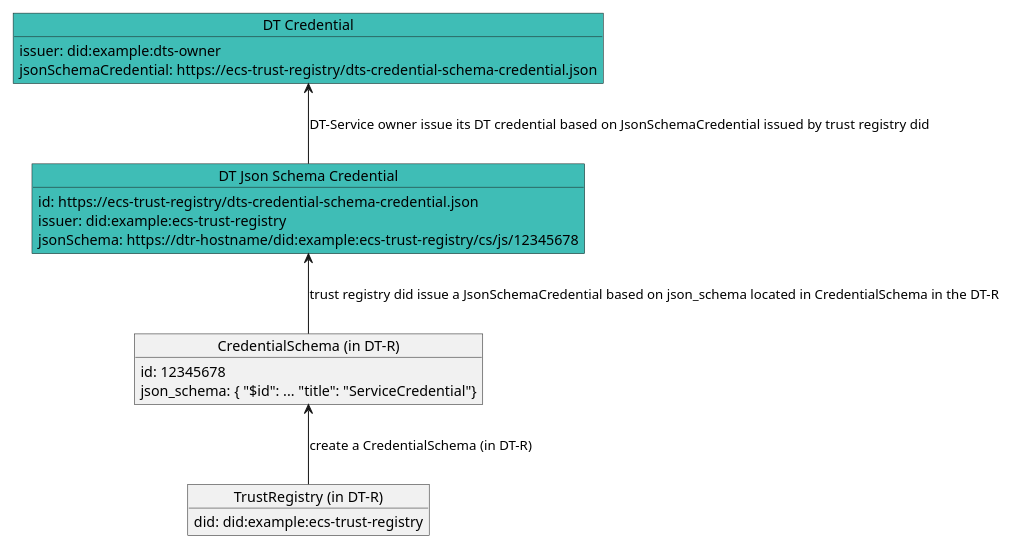
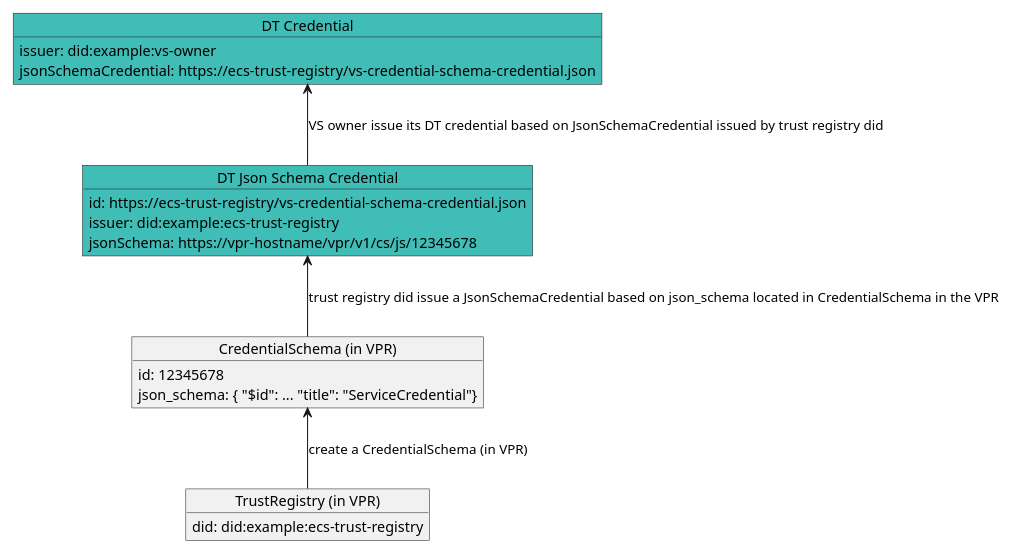
One commit to verana-labs/verifiable-trust-spec changed the diagram in spec.md. Above: the diagram before and after it, drawn with PlantUML. The commit also changed other lines of this file and 1 other file, not shown here.

````diff
--- a/spec.md
+++ b/spec.md
@@ -626,29 +633,29 @@
 ```plantuml
 
 @startuml
 scale max 800 width
-object "TrustRegistry (in DT-R)" as tr {
+object "TrustRegistry (in VPR)" as tr {
   did: did:example:ecs-trust-registry
 }
-object "CredentialSchema (in DT-R)" as cs {
+object "CredentialSchema (in VPR)" as cs {
   id: 12345678
   json_schema: { "$id": ... "title": "ServiceCredential"}
 }
 object "DT Json Schema Credential" as jsc #3fbdb6 {
-  id: https://ecs-trust-registry/dts-credential-schema-credential.json
+  id: https://ecs-trust-registry/vs-credential-schema-credential.json
   issuer: did:example:ecs-trust-registry
-  jsonSchema: https://dtr-hostname/did:example:ecs-trust-registry/cs/js/12345678
+  jsonSchema: https://vpr-hostname/vpr/v1/cs/js/12345678
 }
 
-object "DT Credential" as dtscred #3fbdb6 {
-  issuer: did:example:dts-owner
-  jsonSchemaCredential: https://ecs-trust-registry/dts-credential-schema-credential.json
+object "DT Credential" as vscred #3fbdb6 {
+  issuer: did:example:vs-owner
+  jsonSchemaCredential: https://ecs-trust-registry/vs-credential-schema-credential.json
 }
 
-cs <-- tr : create a CredentialSchema (in DT-R)
-jsc <-- cs : trust registry did issue a JsonSchemaCredential based on json_schema located in CredentialSchema in the DT-R
-dtscred <-- jsc: DT-Service owner issue its DT credential based on JsonSchemaCredential issued by trust registry did
+cs <-- tr : create a CredentialSchema (in VPR)
+jsc <-- cs : trust registry did issue a JsonSchemaCredential based on json_schema located in CredentialSchema in the VPR
+vscred <-- jsc: VS owner issue its DT credential based on JsonSchemaCredential issued by trust registry did
 
 @enduml
 
 ```
````
